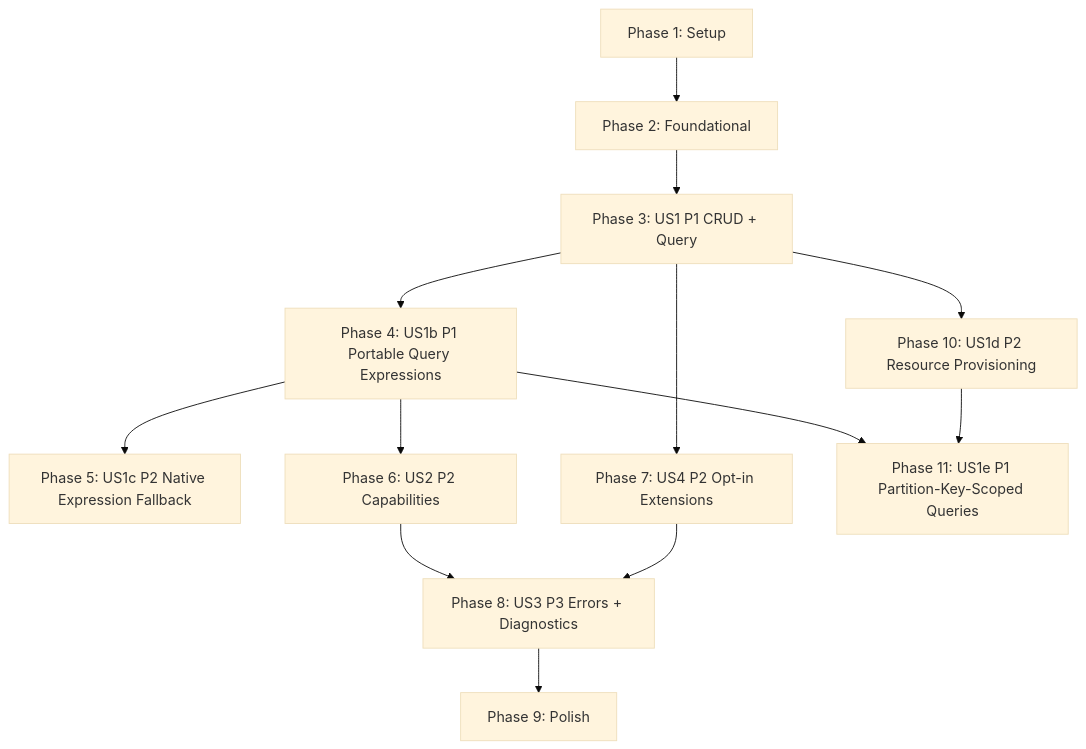
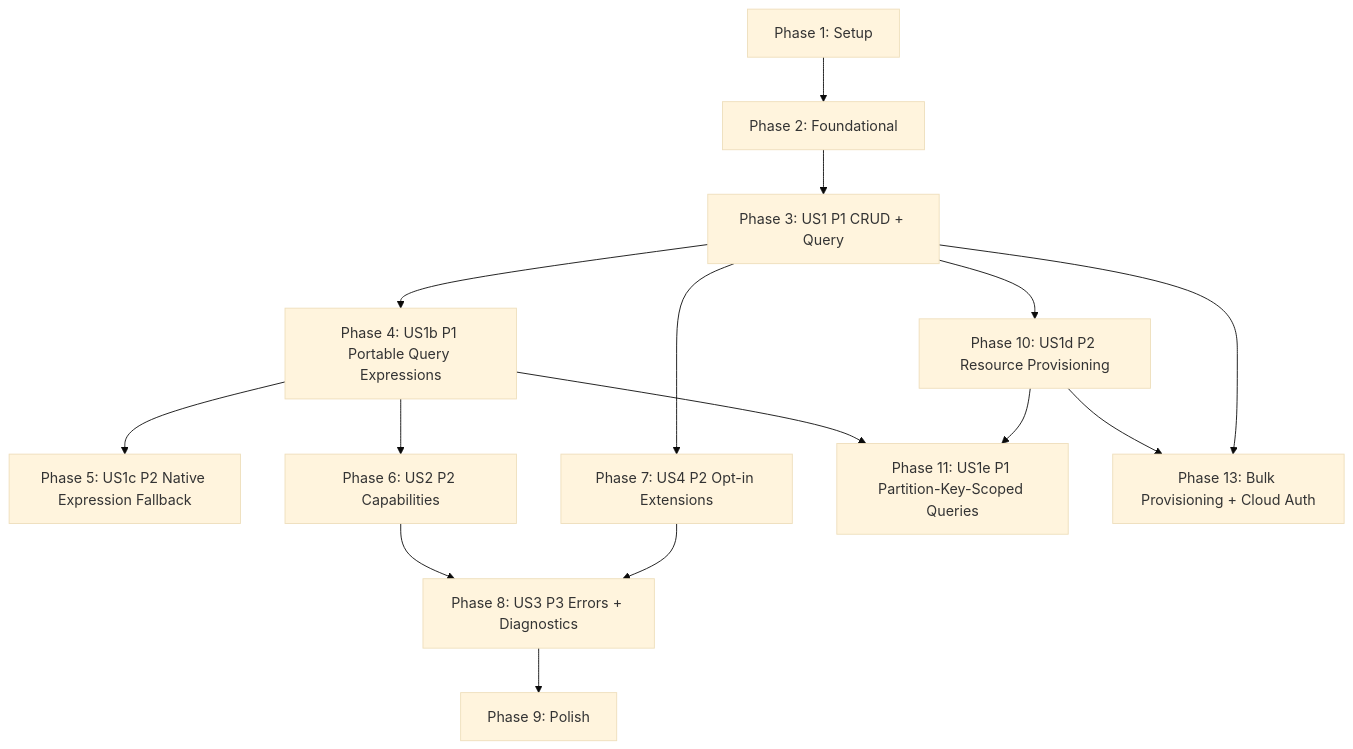
One commit to allenkim0129/multiclouddb-sdk-for-java changed the diagram in specs/001-clouddb-sdk/tasks.md. Above: the diagram before and after it, drawn with Mermaid (base theme). The commit also changed other lines of this file and 2 other files, not shown here.

````diff
--- a/specs/001-clouddb-sdk/tasks.md
+++ b/specs/001-clouddb-sdk/tasks.md
@@ -346,15 +347,17 @@
 ```mermaid
 graph TD
     S1[Phase 1: Setup] --> F2[Phase 2: Foundational]
     F2 --> US1[Phase 3: US1 P1 CRUD + Query]
     US1 --> US1b[Phase 4: US1b P1 Portable Query Expressions]
     US1b --> US1c[Phase 5: US1c P2 Native Expression Fallback]
     US1b --> US2[Phase 6: US2 P2 Capabilities]
     US1 --> US4[Phase 7: US4 P2 Opt-in Extensions]
     US2 --> US3[Phase 8: US3 P3 Errors + Diagnostics]
     US4 --> US3
     US3 --> P9[Phase 9: Polish]
     US1 --> US1d[Phase 10: US1d P2 Resource Provisioning]
     US1b --> US1e[Phase 11: US1e P1 Partition-Key-Scoped Queries]
     US1d --> US1e
+    US1d --> P13[Phase 13: Bulk Provisioning + Cloud Auth]
+    US1 --> P13
 ```
````
